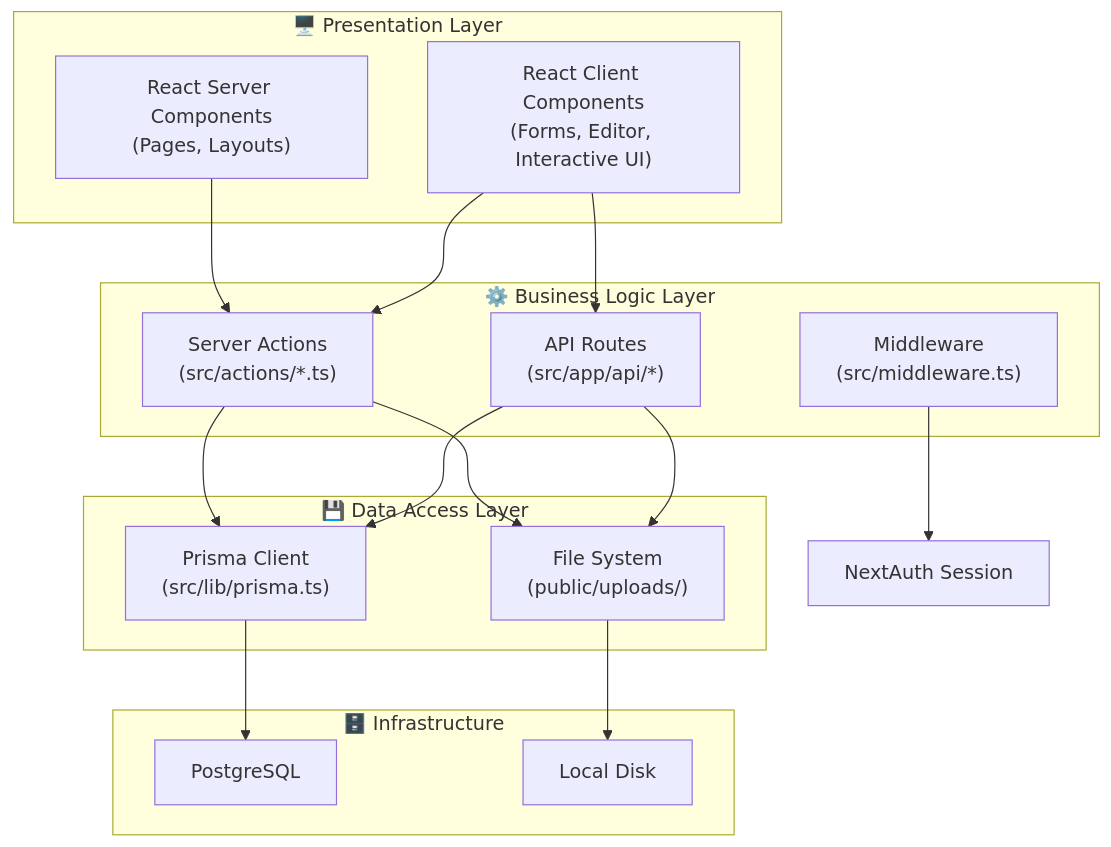
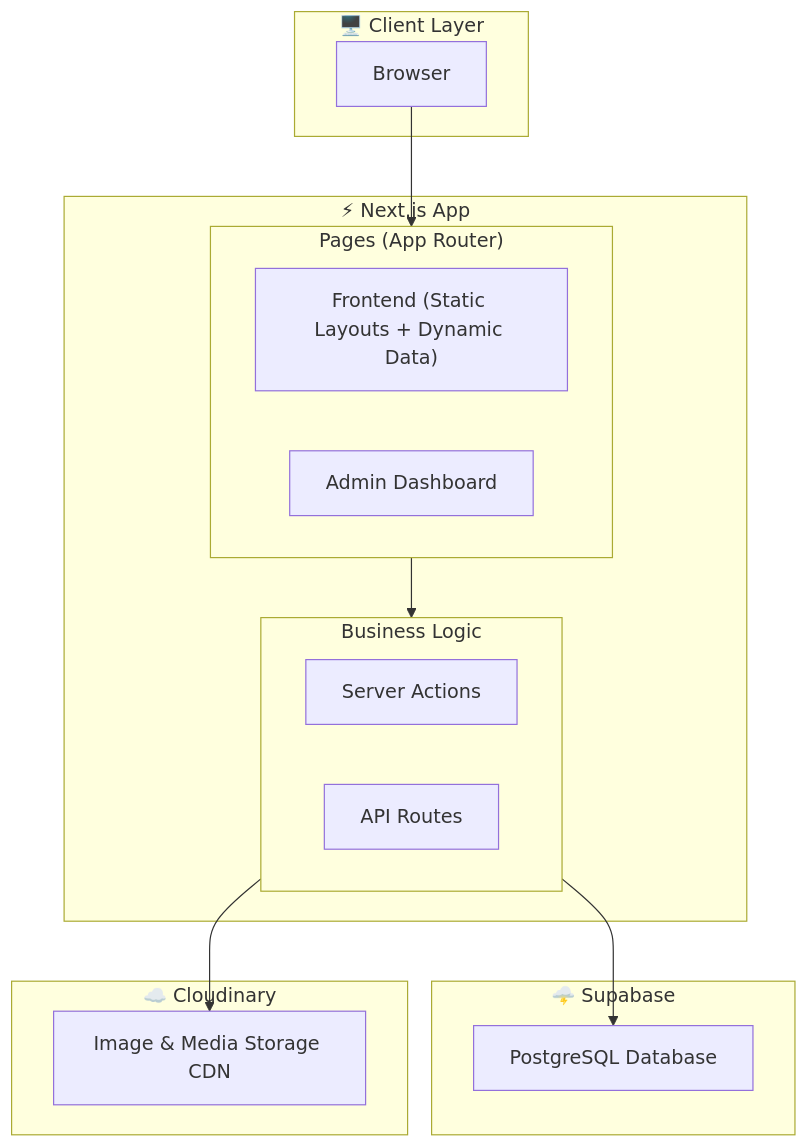
The diagram in docs/TDD.md (alchemista27/nextcms), drawn with Mermaid before and after one commit. The commit also changed other lines of this file and 125 other files, not shown here.

Commit message:
implement TeamMember and Gallery CRUD, fix multi-schema auth, and sync UI colors with DESIGN.md

````diff
--- a/docs/TDD.md
+++ b/docs/TDD.md
@@ -128,34 +57,31 @@
 ```mermaid
 graph TB
-    subgraph Presentation["🖥️ Presentation Layer"]
-        RSC["React Server Components<br/>(Pages, Layouts)"]
-        RCC["React Client Components<br/>(Forms, Editor, Interactive UI)"]
+    subgraph Client["🖥️ Client Layer"]
+        Browser["Browser"]
     end
 
-    subgraph Logic["⚙️ Business Logic Layer"]
-        SA["Server Actions<br/>(src/actions/*.ts)"]
-        API["API Routes<br/>(src/app/api/*)"]
-        MW["Middleware<br/>(src/middleware.ts)"]
+    subgraph NextJS["⚡ Next.js App"]
+        subgraph Pages["Pages (App Router)"]
+            PublicPages["Frontend (Static Layouts + Dynamic Data)"]
+            AdminDashboard["Admin Dashboard"]
+        end
+
+        subgraph Logic["Business Logic"]
+            ServerActions["Server Actions"]
+            APIRoutes["API Routes"]
+        end
     end
 
-    subgraph Data["💾 Data Access Layer"]
-        Prisma["Prisma Client<br/>(src/lib/prisma.ts)"]
-        FS["File System<br/>(public/uploads/)"]
+    subgraph Supabase["🌩️ Supabase"]
+        PostgreSQL["PostgreSQL Database"]
+    end
+    
+    subgraph Cloudinary["☁️ Cloudinary"]
+        MediaStorage["Image & Media Storage CDN"]
     end
 
-    subgraph Infra["🗄️ Infrastructure"]
-        PG["PostgreSQL"]
-        Disk["Local Disk"]
-    end
-
-    RSC --> SA
-    RCC --> SA
-    RCC --> API
-    MW --> NextAuth["NextAuth Session"]
-    SA --> Prisma
-    SA --> FS
-    API --> Prisma
-    API --> FS
-    Prisma --> PG
-    FS --> Disk
+    Browser --> Pages
+    Pages --> Logic
+    Logic --> PostgreSQL
+    Logic --> MediaStorage
 ```
````
